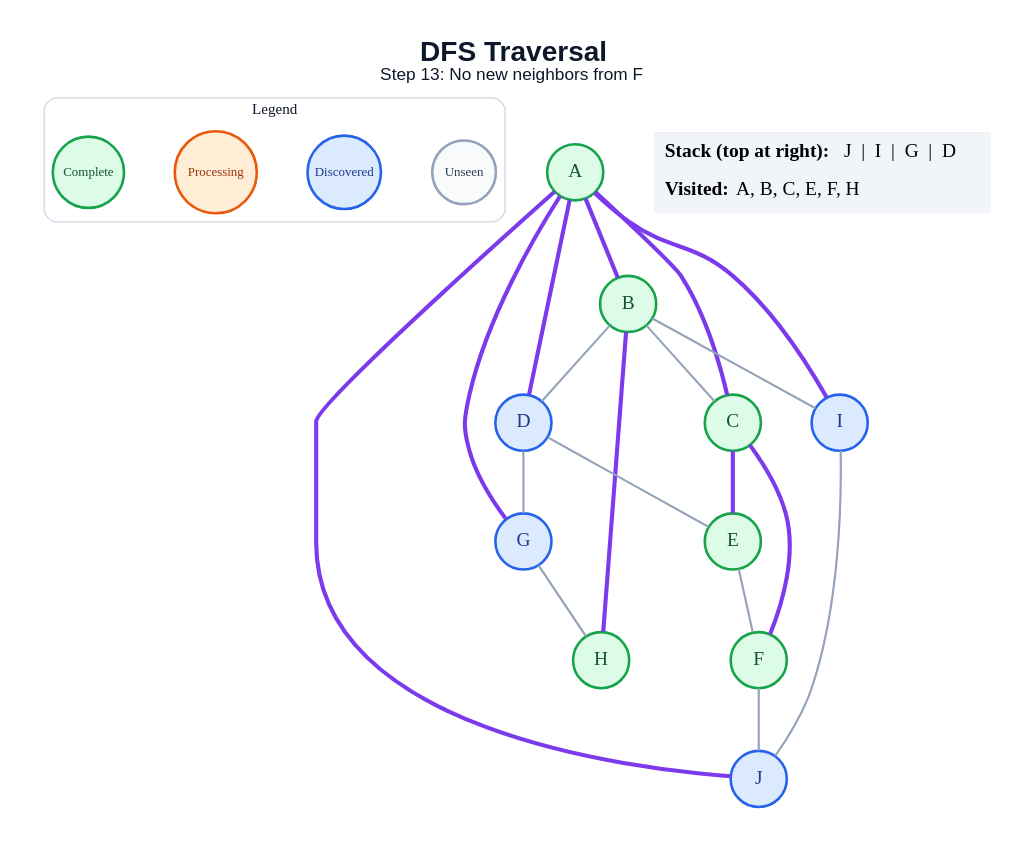
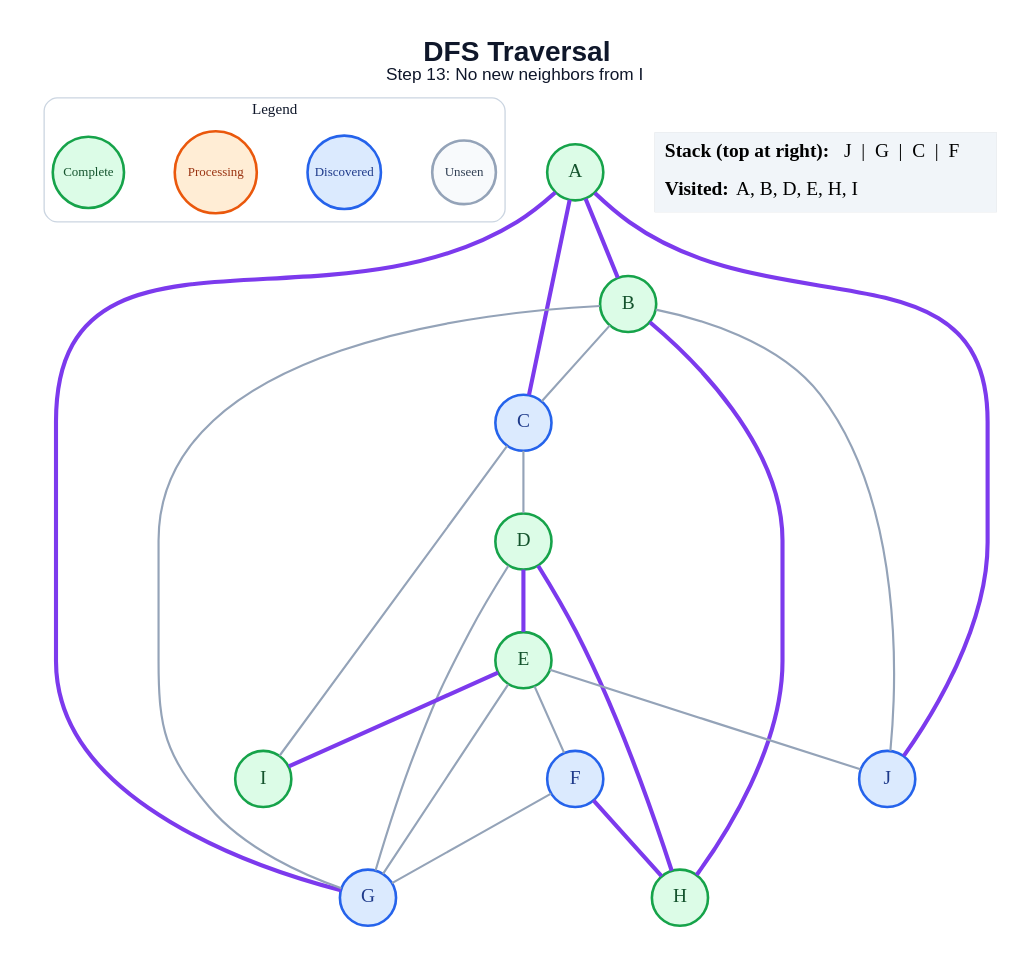
The diagram in generated/dfs/step_13.dot (amanghodawala9/ai-slop), drawn with Graphviz before and after one commit. The commit also changed 178 other files, not shown here.

```diff
--- a/generated/dfs/step_13.dot
+++ b/generated/dfs/step_13.dot
@@ -1,47 +1,48 @@
 graph traversal {
   graph [layout=dot, rankdir=TB, bgcolor="#FFFFFF", pad="0.35", nodesep="0.65", ranksep="0.8", fontname="Arial"];
   node [shape=circle, style="filled", fontname="Arial Bold", fontsize=18, width=0.72, fixedsize=true, penwidth=2.4];
   edge [color="#94A3B8", penwidth=2.0];
-  label=<<B>DFS Traversal</B><BR/><FONT POINT-SIZE="16">Step 13: No new neighbors from F</FONT>>; labelloc="t"; fontsize=26; fontname="Arial"; fontcolor="#0F172A";
+  label=<<B>DFS Traversal</B><BR/><FONT POINT-SIZE="16">Step 13: No new neighbors from I</FONT>>; labelloc="t"; fontsize=26; fontname="Arial"; fontcolor="#0F172A";
   subgraph cluster_legend { label="Legend"; color="#CBD5E1"; penwidth=1.2; style="rounded"; fontsize=14; fontname="Arial Bold";
     key_unseen [label="Unseen", fillcolor="#F8FAFC", color="#94A3B8", fontcolor="#334155", fontsize=12, width=0.82];
     key_frontier [label="Discovered", fillcolor="#DBEAFE", color="#2563EB", fontcolor="#1E3A8A", fontsize=12, width=0.95];
     key_current [label="Processing", fillcolor="#FFEDD5", color="#EA580C", fontcolor="#9A3412", fontsize=12, width=1.05];
     key_done [label="Complete", fillcolor="#DCFCE7", color="#16A34A", fontcolor="#14532D", fontsize=12, width=0.92];
     { rank=same; key_unseen; key_frontier; key_current; key_done; }
   }
   A [fillcolor="#DCFCE7", color="#16A34A", fontcolor="#14532D"];
   B [fillcolor="#DCFCE7", color="#16A34A", fontcolor="#14532D"];
-  C [fillcolor="#DCFCE7", color="#16A34A", fontcolor="#14532D"];
-  D [fillcolor="#DBEAFE", color="#2563EB", fontcolor="#1E3A8A"];
+  C [fillcolor="#DBEAFE", color="#2563EB", fontcolor="#1E3A8A"];
+  D [fillcolor="#DCFCE7", color="#16A34A", fontcolor="#14532D"];
   E [fillcolor="#DCFCE7", color="#16A34A", fontcolor="#14532D"];
-  F [fillcolor="#DCFCE7", color="#16A34A", fontcolor="#14532D"];
+  F [fillcolor="#DBEAFE", color="#2563EB", fontcolor="#1E3A8A"];
   G [fillcolor="#DBEAFE", color="#2563EB", fontcolor="#1E3A8A"];
   H [fillcolor="#DCFCE7", color="#16A34A", fontcolor="#14532D"];
-  I [fillcolor="#DBEAFE", color="#2563EB", fontcolor="#1E3A8A"];
+  I [fillcolor="#DCFCE7", color="#16A34A", fontcolor="#14532D"];
   J [fillcolor="#DBEAFE", color="#2563EB", fontcolor="#1E3A8A"];
   A -- B [color="#7C3AED", penwidth=3.8];
   A -- C [color="#7C3AED", penwidth=3.8];
-  A -- D [color="#7C3AED", penwidth=3.8];
   A -- G [color="#7C3AED", penwidth=3.8];
-  A -- I [color="#7C3AED", penwidth=3.8];
   A -- J [color="#7C3AED", penwidth=3.8];
   B -- C;
-  B -- D;
+  B -- G;
   B -- H [color="#7C3AED", penwidth=3.8];
-  B -- I;
-  C -- E [color="#7C3AED", penwidth=3.8];
-  C -- F [color="#7C3AED", penwidth=3.8];
-  D -- E;
+  B -- J;
+  C -- D;
+  C -- I;
+  D -- E [color="#7C3AED", penwidth=3.8];
   D -- G;
+  D -- H [color="#7C3AED", penwidth=3.8];
   E -- F;
-  F -- J;
-  G -- H;
-  I -- J;
+  E -- G;
+  E -- I [color="#7C3AED", penwidth=3.8];
+  E -- J;
+  F -- G;
+  F -- H [color="#7C3AED", penwidth=3.8];
   status [shape=plain, fixedsize=false, width=0, height=0, margin=0, label=<
     <TABLE BORDER="0" CELLBORDER="0" CELLPADDING="7" BGCOLOR="#F1F5F9">
-      <TR><TD ALIGN="LEFT"><B>Stack (top at right):</B> J  |  I  |  G  |  D</TD></TR>
-      <TR><TD ALIGN="LEFT"><B>Visited:</B> A, B, C, E, F, H</TD></TR>
+      <TR><TD ALIGN="LEFT"><B>Stack (top at right):</B> J  |  G  |  C  |  F</TD></TR>
+      <TR><TD ALIGN="LEFT"><B>Visited:</B> A, B, D, E, H, I</TD></TR>
     </TABLE>
   >];
 }
```
